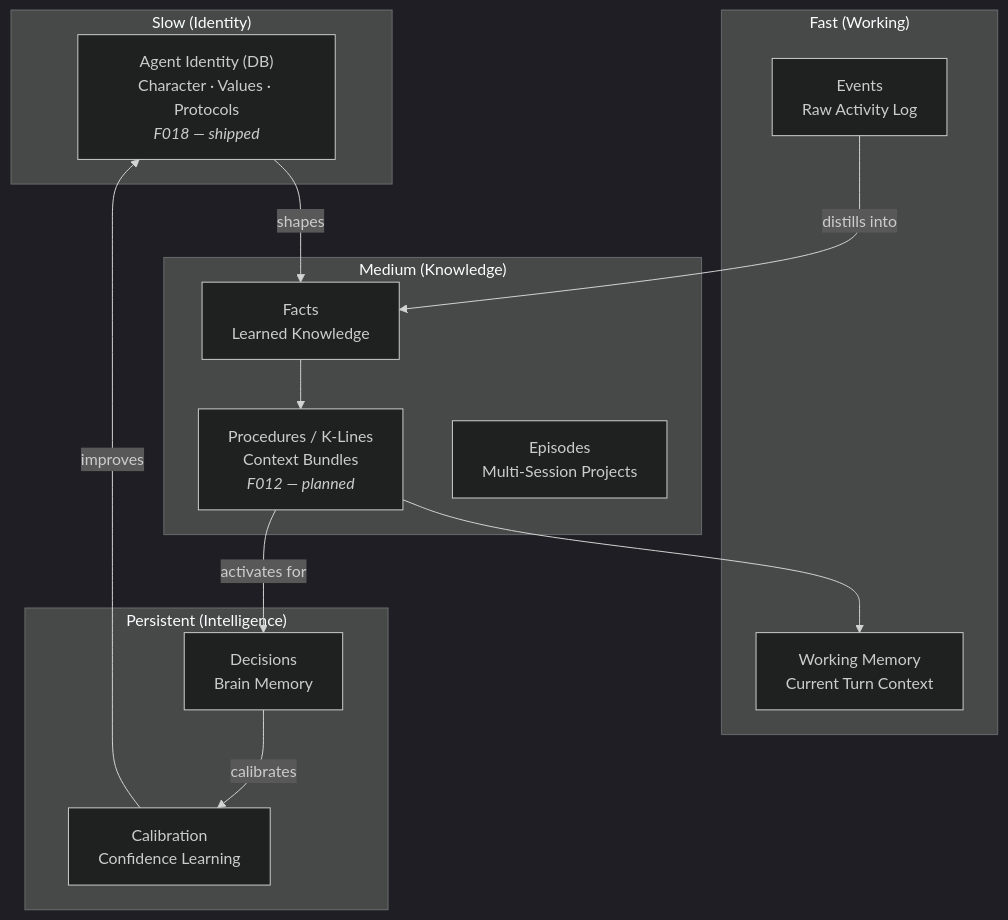
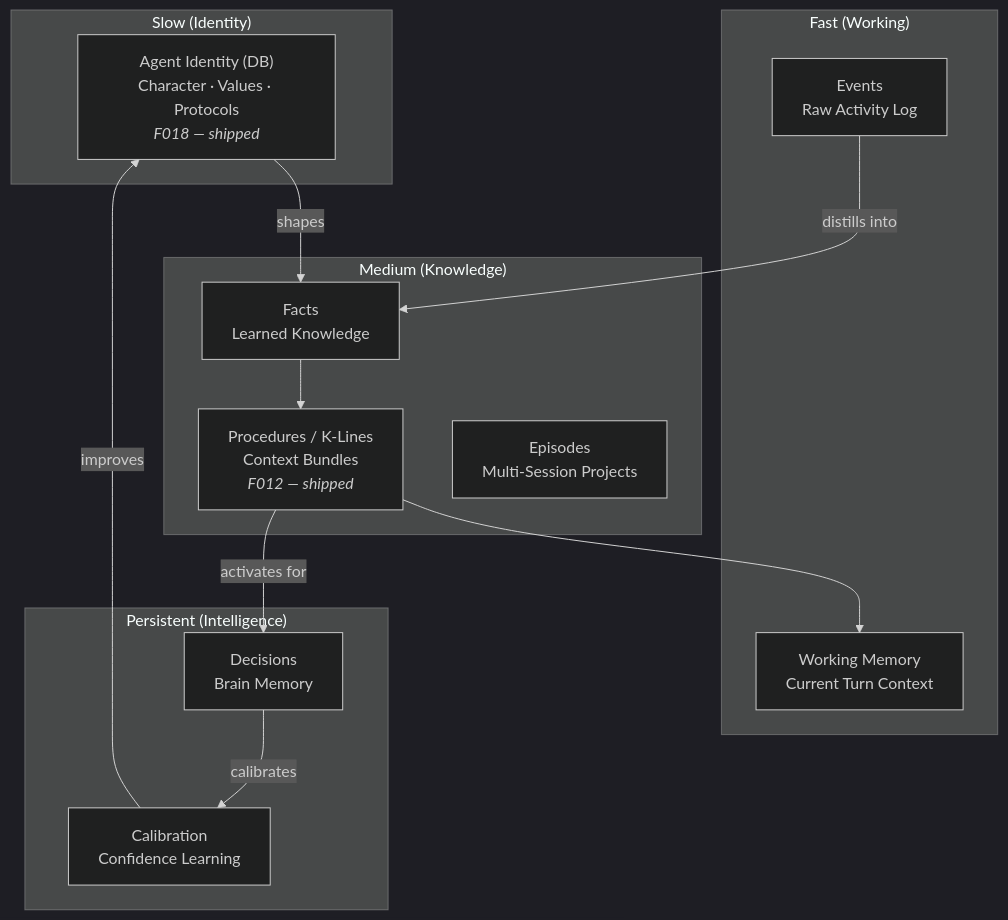
The second of 4 diagrams in README.md (tfatykhov/nous), drawn with Mermaid (dark theme) before and after one commit. The commit also changed other lines of this file and 2 other files, not shown here.

Commit message:
docs(F012): add feature spec, update INDEX.md and README.md
- F012-kline-learning.md: full feature spec with pathways, lifecycle, config
- INDEX.md: F012 moved from P2 planned to shipped
- README.md: Memory Architecture diagram updated, Status table entry added

````diff
--- a/README.md
+++ b/README.md
@@ -139,30 +139,30 @@
 ```mermaid
 graph TB
     subgraph "Slow (Identity)"
         ID["Agent Identity (DB)<br/>Character · Values · Protocols<br/><i>F018 — shipped</i>"]
     end
 
     subgraph "Medium (Knowledge)"
         FACTS[Facts<br/>Learned Knowledge]
-        KL["Procedures / K-Lines<br/>Context Bundles<br/><i>F012 — planned</i>"]
+        KL["Procedures / K-Lines<br/>Context Bundles<br/><i>F012 — shipped</i>"]
         EP[Episodes<br/>Multi-Session Projects]
     end
 
     subgraph "Fast (Working)"
         WM[Working Memory<br/>Current Turn Context]
         EV[Events<br/>Raw Activity Log]
     end
 
     subgraph "Persistent (Intelligence)"
         DEC[Decisions<br/>Brain Memory]
         CAL[Calibration<br/>Confidence Learning]
     end
 
     ID -->|shapes| FACTS
     FACTS --> KL
     KL --> WM
     EV -->|distills into| FACTS
     DEC -->|calibrates| CAL
     KL -->|activates for| DEC
     CAL -->|improves| ID
 ```
````
